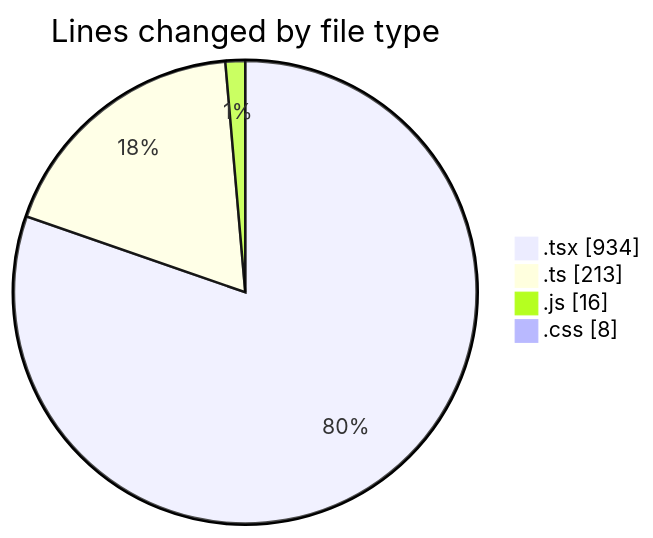
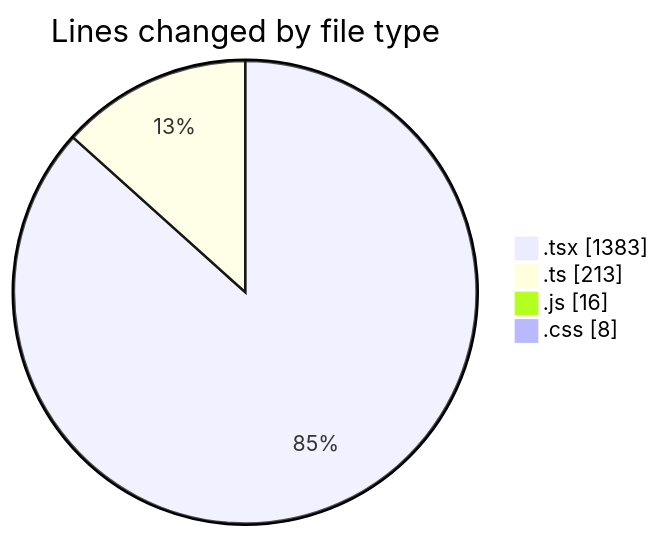
One commit to robertbonfada/code-tracking changed the first of 2 diagrams in 2025-01-17/mbc-web/README.md. Above: the diagram before and after it, drawn with Mermaid. The commit also changed other lines of this file and 1 other file, not shown here.

````diff
--- a/2025-01-17/mbc-web/README.md
+++ b/2025-01-17/mbc-web/README.md
@@ -32,8 +32,8 @@
 ```mermaid
 pie showData
 title Lines changed by file type
-".tsx" : 934
+".tsx" : 1383
 ".ts" : 213
 ".js" : 16
 ".css" : 8
 ```
````
